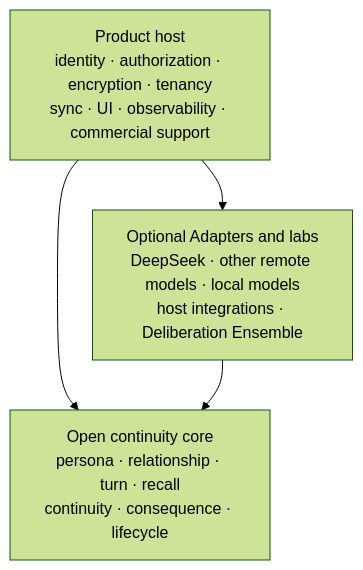
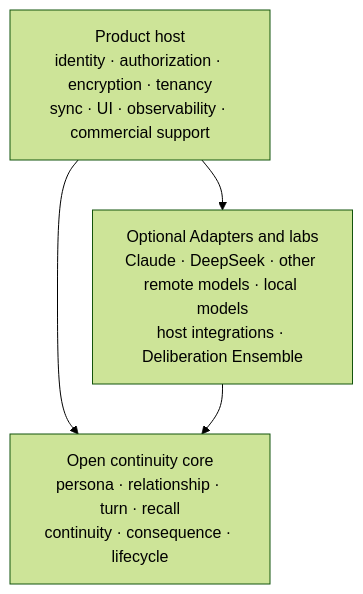
One commit to bailong-Hakuryu/E.R.I.I changed the diagram in docs/development-strategy.en.md. Above: the diagram before and after it, drawn with Mermaid (forest theme). The commit also changed other lines of this file and 55 other files, not shown here.

````diff
--- a/docs/development-strategy.en.md
+++ b/docs/development-strategy.en.md
@@ -105,10 +105,10 @@
 ```mermaid
 flowchart TB
     CORE["Open continuity core<br/>persona · relationship · turn · recall<br/>continuity · consequence · lifecycle"]
-    ADAPTERS["Optional Adapters and labs<br/>DeepSeek · other remote models · local models<br/>host integrations · Deliberation Ensemble"]
+    ADAPTERS["Optional Adapters and labs<br/>Claude · DeepSeek · other remote models · local models<br/>host integrations · Deliberation Ensemble"]
     PRODUCT["Product host<br/>identity · authorization · encryption · tenancy<br/>sync · UI · observability · commercial support"]
 
     PRODUCT --> ADAPTERS
     PRODUCT --> CORE
     ADAPTERS --> CORE
 ```
````
